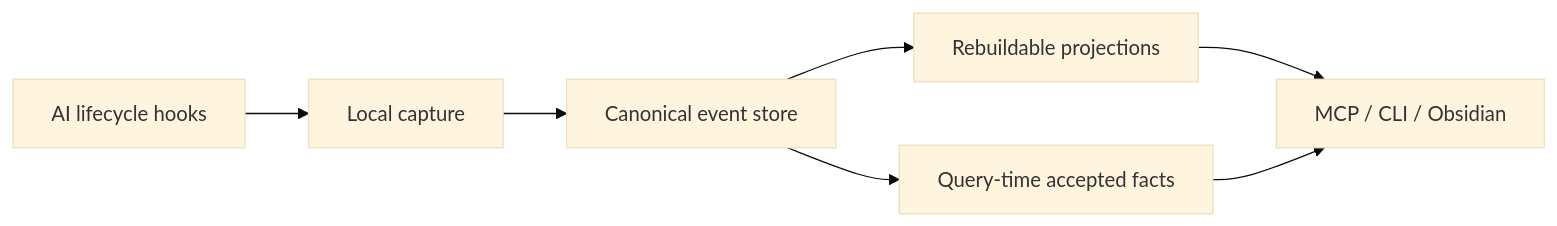
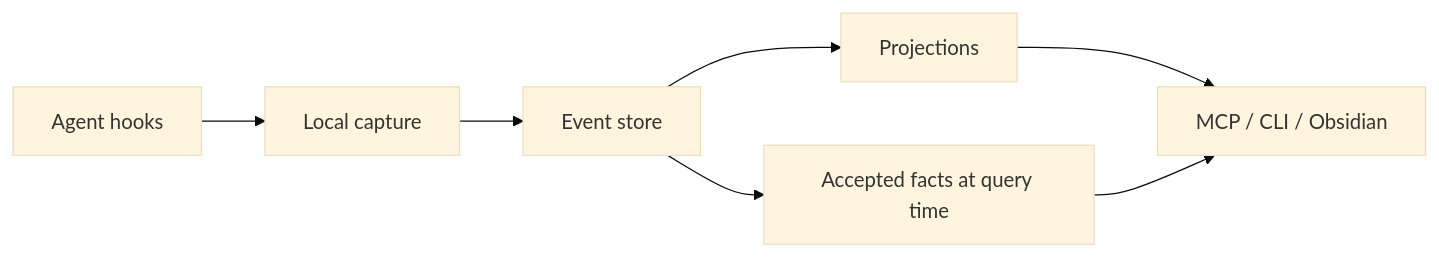
One commit to innocarpe/CarpeOS changed the third of 3 diagrams in README.md. Above: the diagram before and after it, drawn with Mermaid (base theme). The commit also changed other lines of this file and 2 other files, not shown here.

````diff
--- a/README.md
+++ b/README.md
@@ -145,9 +142,9 @@
 ```mermaid
 flowchart LR
-  A[AI lifecycle hooks] --> B[Local capture]
-  B --> C[Canonical event store]
-  C --> D[Query-time accepted facts]
-  C --> E[Rebuildable projections]
+  A[Agent hooks] --> B[Local capture]
+  B --> C[Event store]
+  C --> D[Accepted facts at query time]
+  C --> E[Projections]
   E --> F[MCP / CLI / Obsidian]
   D --> F
 ```
````
